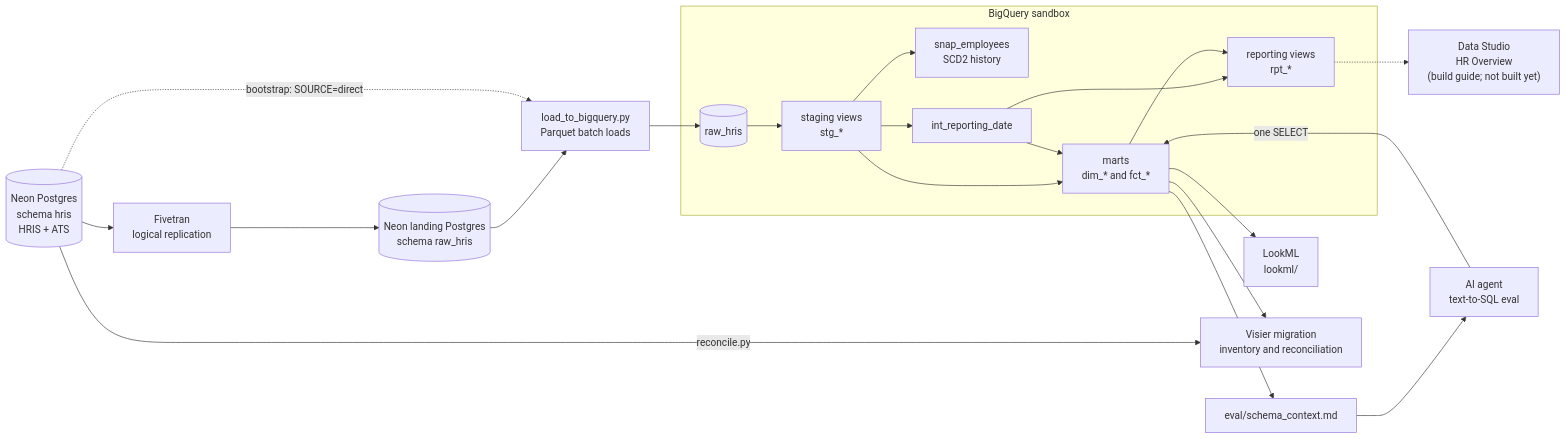
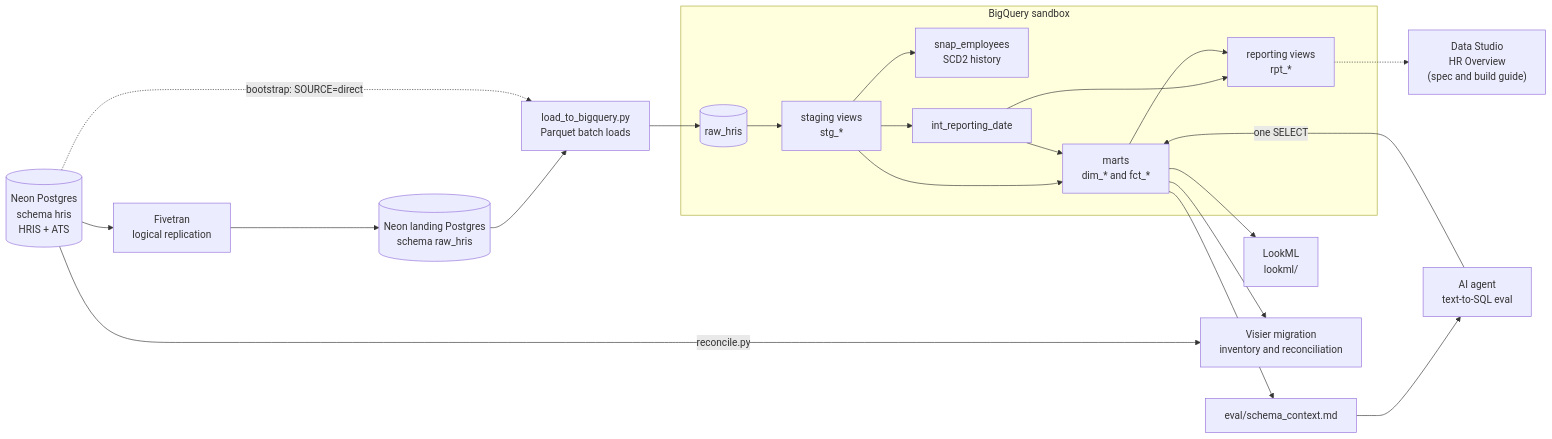
The diagram in docs/architecture.md (ayush-ranjan-official/people-analytics-warehouse), drawn with Mermaid before and after one commit. The commit also changed other lines of this file and 21 other files, not shown here.

````diff
--- a/docs/architecture.md
+++ b/docs/architecture.md
@@ -9,31 +9,31 @@
 ```mermaid
 flowchart LR
     src[("Neon Postgres<br/>schema hris<br/>HRIS + ATS")]
     fivetran["Fivetran<br/>logical replication"]
     landing[("Neon landing Postgres<br/>schema raw_hris")]
     loader["load_to_bigquery.py<br/>Parquet batch loads"]
     subgraph bq ["BigQuery sandbox"]
         raw[("raw_hris")]
         stg["staging views<br/>stg_*"]
         snap["snap_employees<br/>SCD2 history"]
         rdate["int_reporting_date"]
         marts["marts<br/>dim_* and fct_*"]
         rpt["reporting views<br/>rpt_*"]
     end
     lookml["LookML<br/>lookml/"]
-    studio["Data Studio<br/>HR Overview<br/>(build guide; not built yet)"]
+    studio["Data Studio<br/>HR Overview<br/>(spec and build guide)"]
     ctx["eval/schema_context.md"]
     agent["AI agent<br/>text-to-SQL eval"]
     visier["Visier migration<br/>inventory and reconciliation"]
     src --> fivetran --> landing --> loader
     src -.->|"bootstrap: SOURCE=direct"| loader
     loader --> raw
     raw --> stg --> marts & snap & rdate
     rdate --> marts & rpt
     marts --> rpt
     rpt -.-> studio
     marts --> ctx --> agent
     agent -- "one SELECT" --> marts
     marts --> lookml & visier
     src -- "reconcile.py" --> visier
 ```
````
